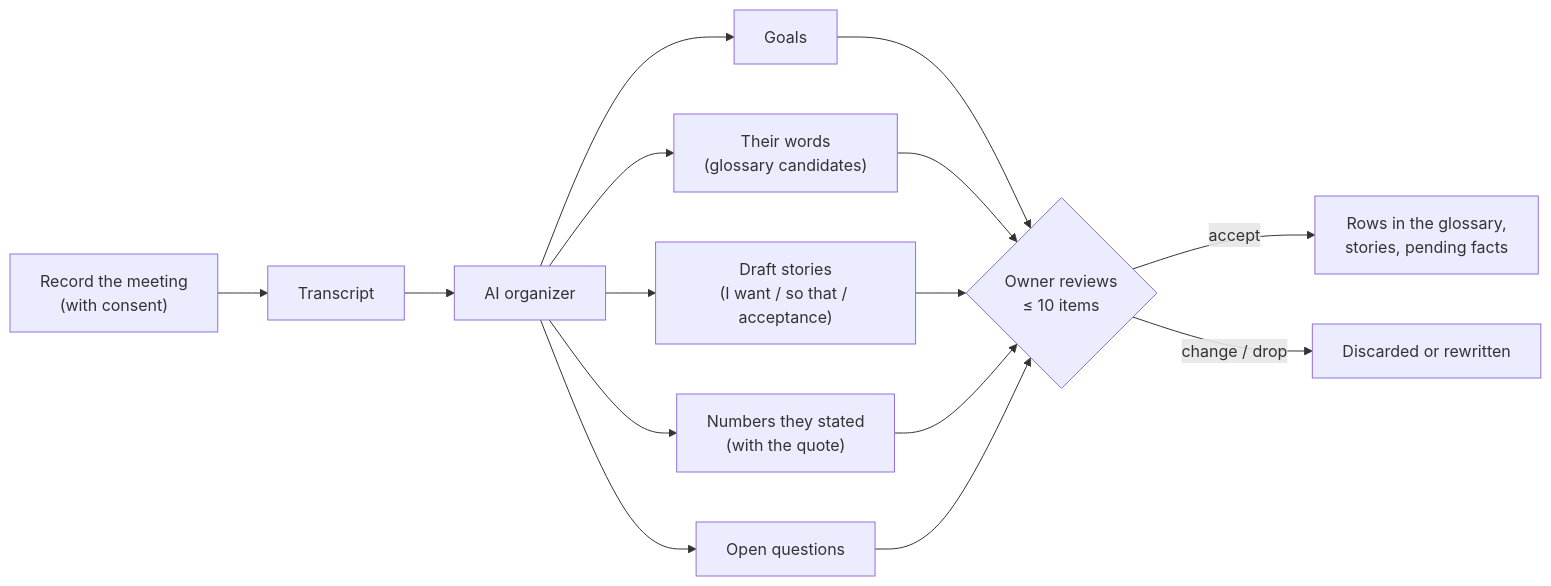
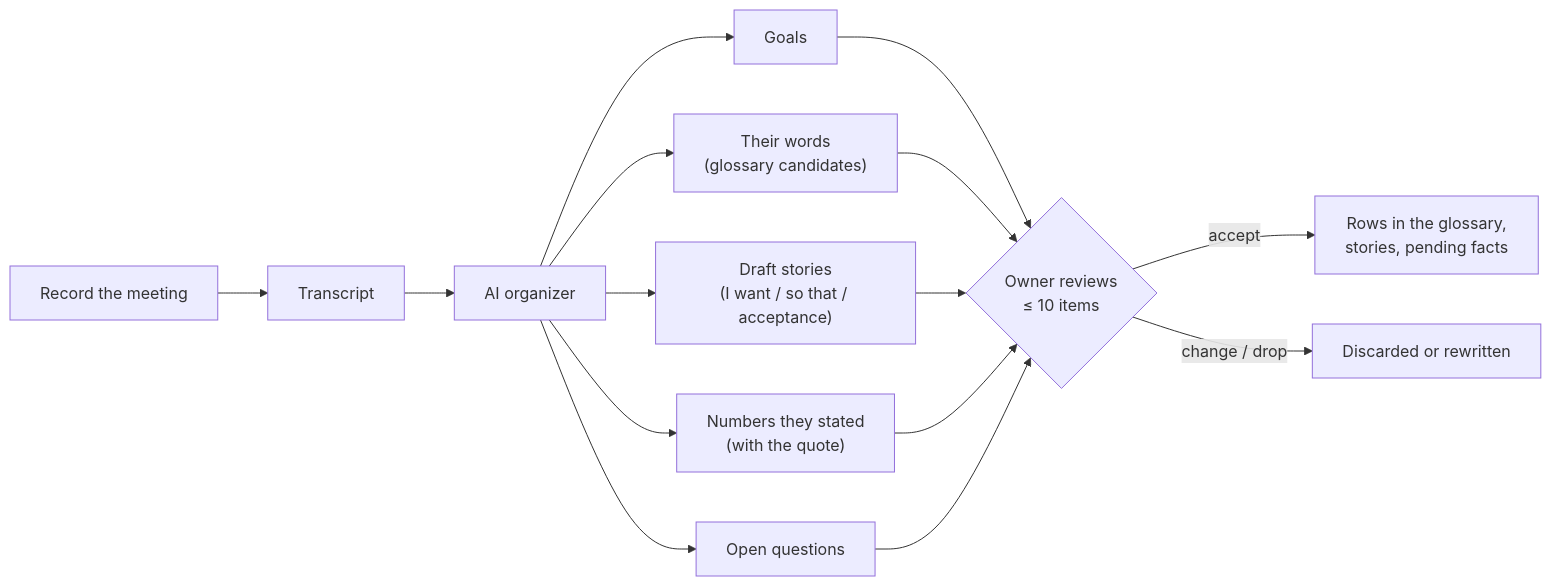
Before and after one commit to thaddeus-builds/skill-pack-playbook: the diagram in docs/stages.md, drawn with Mermaid. The commit also changed other lines of this file and 7 other files, not shown here.

First line of the commit message:
B0: drop the recording-consent rule (R6): the meeting tool asks every participant before it records

````diff
--- a/docs/stages.md
+++ b/docs/stages.md
@@ -9,13 +9,13 @@
 ```mermaid
 flowchart LR
-    R["Record the meeting<br/>(with consent)"] --> T["Transcript"]
+    R["Record the meeting"] --> T["Transcript"]
     T --> AI["AI organizer"]
     AI --> G["Goals"]
     AI --> W["Their words<br/>(glossary candidates)"]
     AI --> ST["Draft stories<br/>(I want / so that / acceptance)"]
     AI --> N["Numbers they stated<br/>(with the quote)"]
     AI --> Q["Open questions"]
     G & W & ST & N & Q --> O{"Owner reviews<br/>≤ 10 items"}
     O -->|accept| A["Rows in the glossary,<br/>stories, pending facts"]
     O -->|change / drop| X["Discarded or rewritten"]
 ```
````
